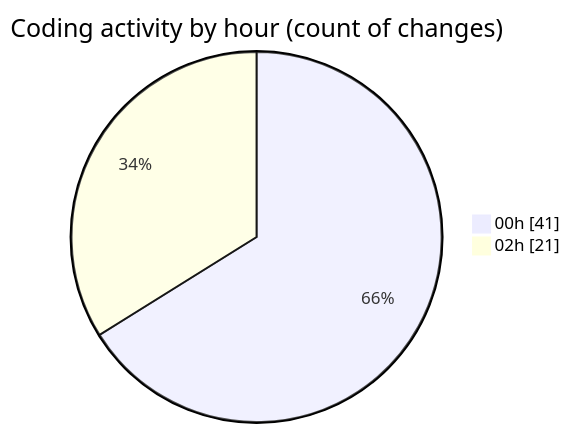
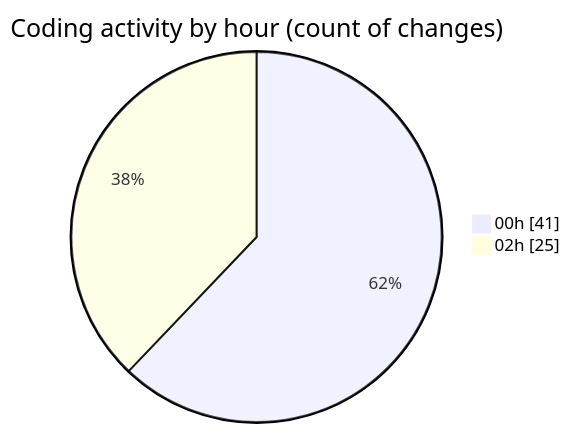
One commit to hasnaa123/code-tracking changed the second of 2 diagrams in 2026-02-21/student_performance_system/README.md. Above: the diagram before and after it, drawn with Mermaid. The commit also changed other lines of this file and 1 other file, not shown here.

````diff
--- a/2026-02-21/student_performance_system/README.md
+++ b/2026-02-21/student_performance_system/README.md
@@ -28,6 +28,6 @@
 ```mermaid
 pie showData
 title Coding activity by hour (count of changes)
 "00h" : 41
-"02h" : 21
+"02h" : 25
 ```
````
